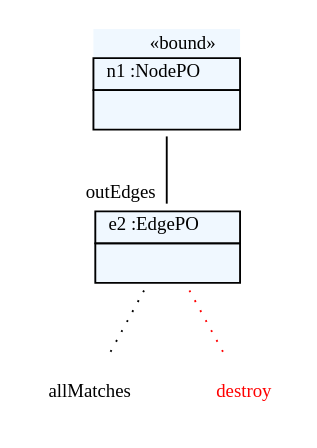
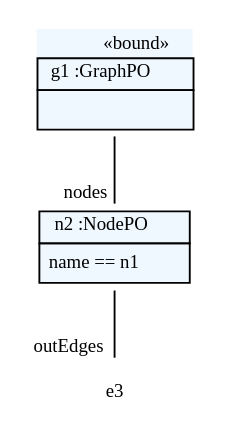
One commit to fujaba/SDMLib changed the diagram in doc/deleteNodeWithNameN1_leavingEdges.dot. Above: the diagram before and after it, drawn with Graphviz. The commit also changed 29 other files, not shown here.

```diff
--- a/doc/deleteNodeWithNameN1_leavingEdges.dot
+++ b/doc/deleteNodeWithNameN1_leavingEdges.dot
@@ -1,13 +1,10 @@
 graph ObjectDiagram {
    node [shape = none, fontsize = 10];
    edge [fontsize = 10];
 
-n1 [label=<<table border='0' cellborder='1' cellspacing='0' color='black' bgcolor='aliceblue'> <tr> <td border='0' align='right'><font color='black'>&laquo;bound&raquo;</font></td></tr> <tr> <td align='center'> <font color='black'> n1 :NodePO </font></td></tr> <tr> <td align='left'> <table border='0' cellborder='0' cellspacing='0' color='black'> <tr> <td>  </td></tr></table></td></tr></table>>];
-e2 [label=<<table border='0' cellborder='1' cellspacing='0' color='black' bgcolor='aliceblue'>  <tr> <td align='center'> <font color='black'> e2 :EdgePO </font></td></tr> <tr> <td align='left'> <table border='0' cellborder='0' cellspacing='0' color='black'> <tr> <td>  </td></tr></table></td></tr></table>>];
-allMatches;
-d3 [label="destroy" fontcolor="red"]
+g1 [label=<<table border='0' cellborder='1' cellspacing='0' color='black' bgcolor='aliceblue'> <tr> <td border='0' align='right'><font color='black'>&laquo;bound&raquo;</font></td></tr> <tr> <td align='center'> <font color='black'> g1 :GraphPO </font></td></tr> <tr> <td align='left'> <table border='0' cellborder='0' cellspacing='0' color='black'> <tr> <td>  </td></tr></table></td></tr></table>>];
+n2 [label=<<table border='0' cellborder='1' cellspacing='0' color='black' bgcolor='aliceblue'>  <tr> <td align='center'> <font color='black'> n2 :NodePO </font></td></tr> <tr> <td align='left'> <table border='0' cellborder='0' cellspacing='0' color='black'> <tr><td><font color='black'> name == n1 </font></td></tr></table></td></tr></table>>];
 
-e2 -- allMatches [style="dotted"];
-e2 -- d3 [style="dotted" color="red" fontcolor="red"];
-n1 -- e2 [headlabel = "outEdges" taillabel = "" color="black" fontcolor="black"];
+g1 -- n2 [headlabel = "nodes" taillabel = "" color="black" fontcolor="black"];
+n2 -- e3 [headlabel = "outEdges" taillabel = "" color="black" fontcolor="black"];
 }
```
